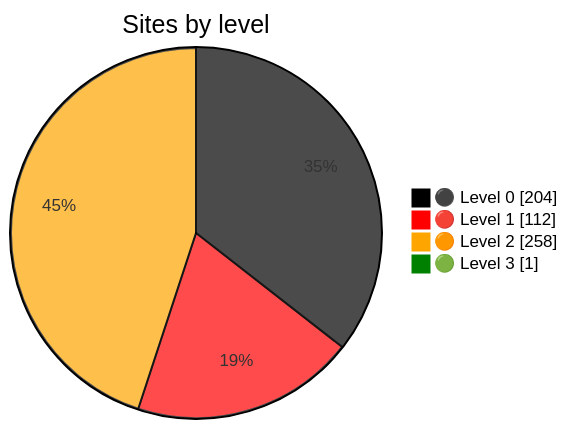
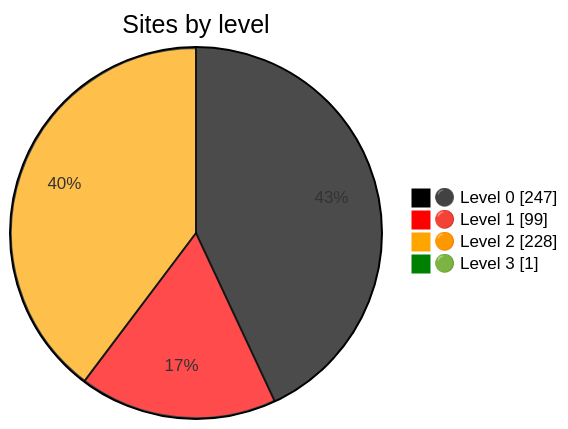
One commit to nuuuwan/gov_lk_web_auditor changed the diagram in README.md. Above: the diagram before and after it, drawn with Mermaid. The commit also changed other lines of this file and 2618 other files, not shown here.

````diff
--- a/README.md
+++ b/README.md
@@ -24,9 +24,9 @@
 ```mermaid
 %%{init: {"themeVariables":{"pie1":"black","pie2":"red","pie3":"orange","pie4":"green"}}}%%
 pie showData
     title Sites by level
-    "⚫ Level 0" : 204
-    "🔴 Level 1" : 112
-    "🟠 Level 2" : 258
+    "⚫ Level 0" : 247
+    "🔴 Level 1" : 99
+    "🟠 Level 2" : 228
     "🟢 Level 3" : 1
 ```
````
